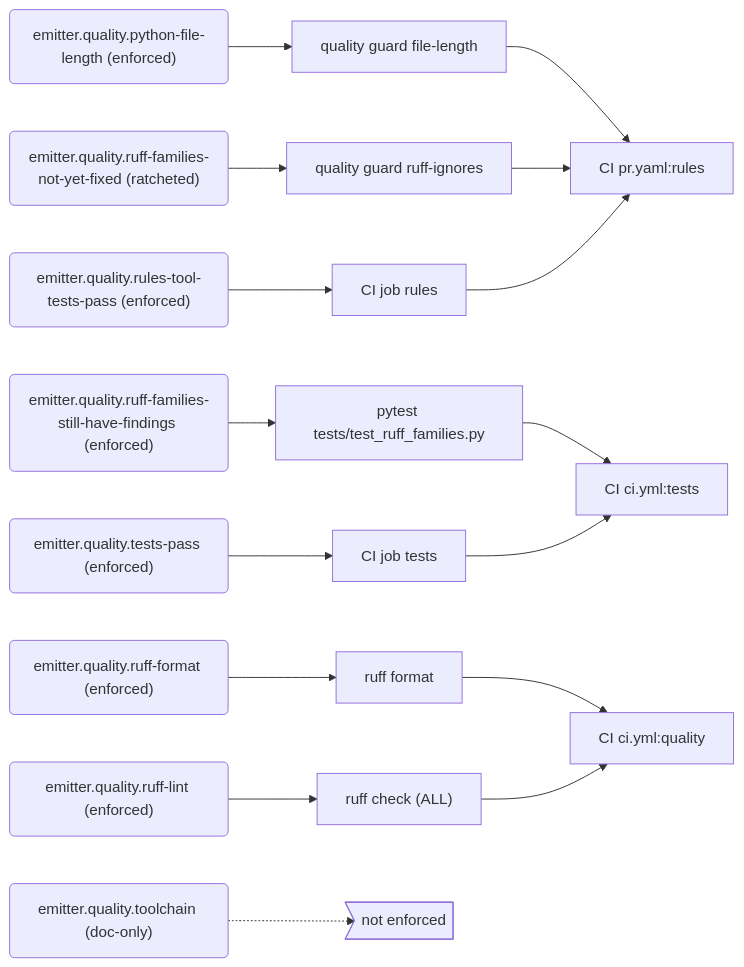
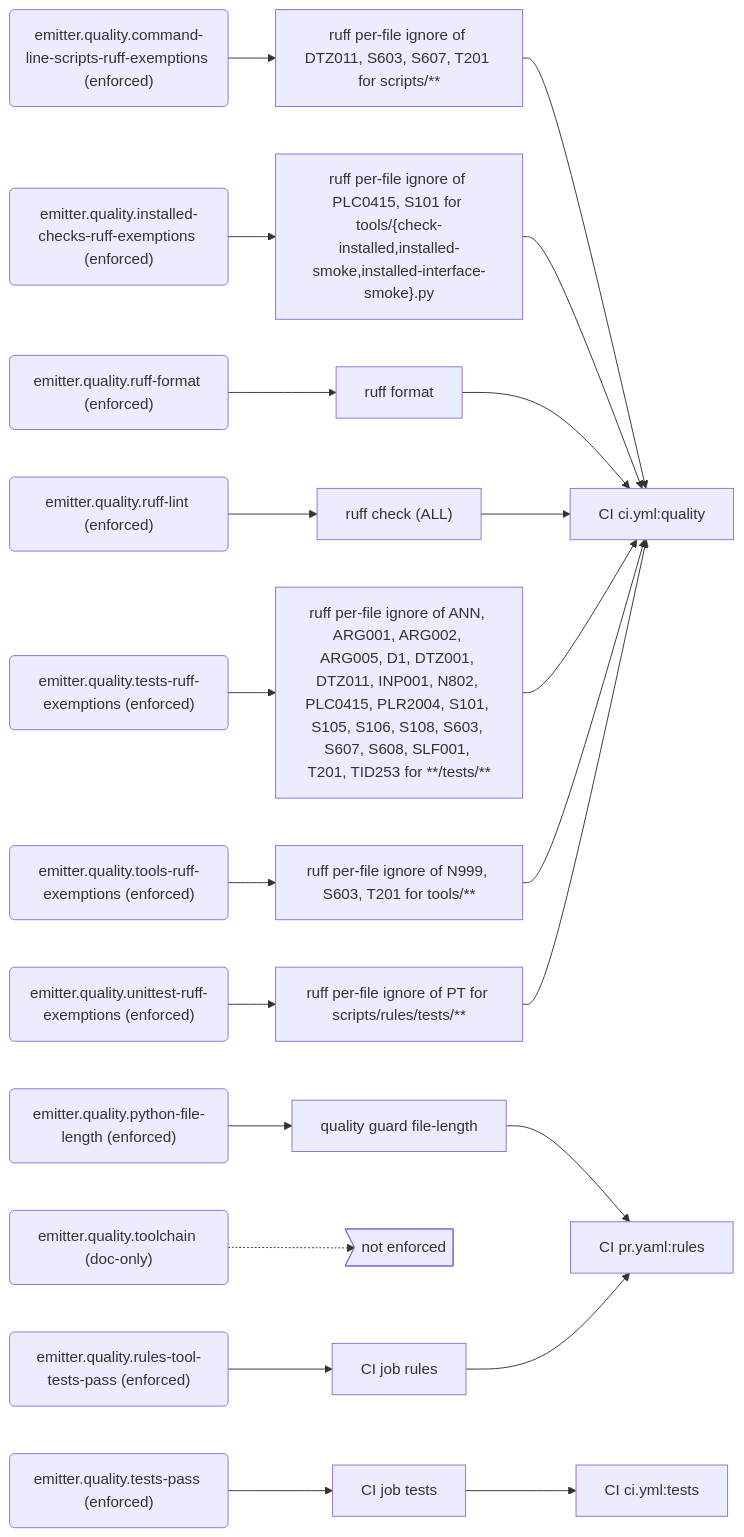
Before and after one commit to PolicyEngine/local-services: the sixth of 9 diagrams in docs/generated/rules.md, drawn with Mermaid. The commit also changed other lines of this file and 15 other files, not shown here.

````diff
--- a/docs/generated/rules.md
+++ b/docs/generated/rules.md
@@ -252,37 +249,49 @@
 ```mermaid
 flowchart LR
+  r_emitter_quality_command_line_scripts_ruff_exemptions("emitter.quality.command-line-scripts-ruff-exemptions (enforced)")
+  e_ruff_per_file_ignore_of_DTZ011__S603__S607__T201_for_scripts___["ruff per-file ignore of DTZ011, S603, S607, T201 for scripts/**"]
+  j_CI_ci_yml_quality["CI ci.yml:quality"]
+  r_emitter_quality_installed_checks_ruff_exemptions("emitter.quality.installed-checks-ruff-exemptions (enforced)")
+  e_ruff_per_file_ignore_of_PLC0415__S101_for_tools__check_installed_installed_smoke_installed_interface_smoke__py["ruff per-file ignore of PLC0415, S101 for tools/{check-installed,installed-smoke,installed-interface-smoke}.py"]
   r_emitter_quality_python_file_length("emitter.quality.python-file-length (enforced)")
   e_quality_guard_file_length["quality guard file-length"]
   j_CI_pr_yaml_rules["CI pr.yaml:rules"]
-  r_emitter_quality_ruff_families_not_yet_fixed("emitter.quality.ruff-families-not-yet-fixed (ratcheted)")
-  e_quality_guard_ruff_ignores["quality guard ruff-ignores"]
-  r_emitter_quality_ruff_families_still_have_findings("emitter.quality.ruff-families-still-have-findings (enforced)")
-  e_pytest_tests_test_ruff_families_py["pytest tests/test_ruff_families.py"]
-  j_CI_ci_yml_tests["CI ci.yml:tests"]
   r_emitter_quality_ruff_format("emitter.quality.ruff-format (enforced)")
   e_ruff_format["ruff format"]
-  j_CI_ci_yml_quality["CI ci.yml:quality"]
   r_emitter_quality_ruff_lint("emitter.quality.ruff-lint (enforced)")
   e_ruff_check__ALL_["ruff check (ALL)"]
   r_emitter_quality_rules_tool_tests_pass("emitter.quality.rules-tool-tests-pass (enforced)")
   e_CI_job_rules["CI job rules"]
   r_emitter_quality_tests_pass("emitter.quality.tests-pass (enforced)")
   e_CI_job_tests["CI job tests"]
+  j_CI_ci_yml_tests["CI ci.yml:tests"]
+  r_emitter_quality_tests_ruff_exemptions("emitter.quality.tests-ruff-exemptions (enforced)")
+  e_ruff_per_file_ignore_of_ANN__ARG001__ARG002__ARG005__D1__DTZ001__DTZ011__INP001__N802__PLC0415__PLR2004__S101__S105__S106__S108__S603__S607__S608__SLF001__T201__TID253_for____tests___["ruff per-file ignore of ANN, ARG001, ARG002, ARG005, D1, DTZ001, DTZ011, INP001, N802, PLC0415, PLR2004, S101, S105, S106, S108, S603, S607, S608, SLF001, T201, TID253 for **/tests/**"]
   r_emitter_quality_toolchain("emitter.quality.toolchain (doc-only)")
   gap_unenforced>"not enforced"]
+  r_emitter_quality_tools_ruff_exemptions("emitter.quality.tools-ruff-exemptions (enforced)")
+  e_ruff_per_file_ignore_of_N999__S603__T201_for_tools___["ruff per-file ignore of N999, S603, T201 for tools/**"]
+  r_emitter_quality_unittest_ruff_exemptions("emitter.quality.unittest-ruff-exemptions (enforced)")
+  e_ruff_per_file_ignore_of_PT_for_scripts_rules_tests___["ruff per-file ignore of PT for scripts/rules/tests/**"]
+  r_emitter_quality_command_line_scripts_ruff_exemptions --> e_ruff_per_file_ignore_of_DTZ011__S603__S607__T201_for_scripts___
+  e_ruff_per_file_ignore_of_DTZ011__S603__S607__T201_for_scripts___ --> j_CI_ci_yml_quality
+  r_emitter_quality_installed_checks_ruff_exemptions --> e_ruff_per_file_ignore_of_PLC0415__S101_for_tools__check_installed_installed_smoke_installed_interface_smoke__py
+  e_ruff_per_file_ignore_of_PLC0415__S101_for_tools__check_installed_installed_smoke_installed_interface_smoke__py --> j_CI_ci_yml_quality
   r_emitter_quality_python_file_length --> e_quality_guard_file_length
   e_quality_guard_file_length --> j_CI_pr_yaml_rules
-  r_emitter_quality_ruff_families_not_yet_fixed --> e_quality_guard_ruff_ignores
-  e_quality_guard_ruff_ignores --> j_CI_pr_yaml_rules
-  r_emitter_quality_ruff_families_still_have_findings --> e_pytest_tests_test_ruff_families_py
-  e_pytest_tests_test_ruff_families_py --> j_CI_ci_yml_tests
   r_emitter_quality_ruff_format --> e_ruff_format
   e_ruff_format --> j_CI_ci_yml_quality
   r_emitter_quality_ruff_lint --> e_ruff_check__ALL_
   e_ruff_check__ALL_ --> j_CI_ci_yml_quality
   r_emitter_quality_rules_tool_tests_pass --> e_CI_job_rules
   e_CI_job_rules --> j_CI_pr_yaml_rules
   r_emitter_quality_tests_pass --> e_CI_job_tests
   e_CI_job_tests --> j_CI_ci_yml_tests
+  r_emitter_quality_tests_ruff_exemptions --> e_ruff_per_file_ignore_of_ANN__ARG001__ARG002__ARG005__D1__DTZ001__DTZ011__INP001__N802__PLC0415__PLR2004__S101__S105__S106__S108__S603__S607__S608__SLF001__T201__TID253_for____tests___
+  e_ruff_per_file_ignore_of_ANN__ARG001__ARG002__ARG005__D1__DTZ001__DTZ011__INP001__N802__PLC0415__PLR2004__S101__S105__S106__S108__S603__S607__S608__SLF001__T201__TID253_for____tests___ --> j_CI_ci_yml_quality
   r_emitter_quality_toolchain -.-> gap_unenforced
+  r_emitter_quality_tools_ruff_exemptions --> e_ruff_per_file_ignore_of_N999__S603__T201_for_tools___
+  e_ruff_per_file_ignore_of_N999__S603__T201_for_tools___ --> j_CI_ci_yml_quality
+  r_emitter_quality_unittest_ruff_exemptions --> e_ruff_per_file_ignore_of_PT_for_scripts_rules_tests___
+  e_ruff_per_file_ignore_of_PT_for_scripts_rules_tests___ --> j_CI_ci_yml_quality
 ```
````
